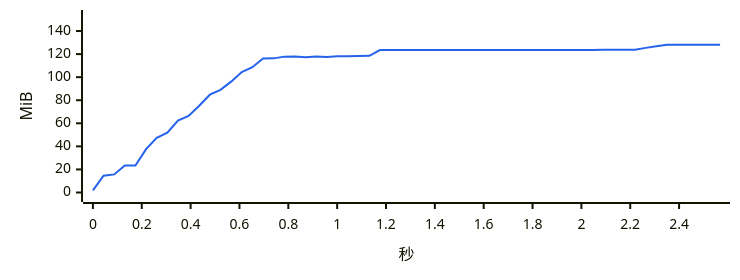
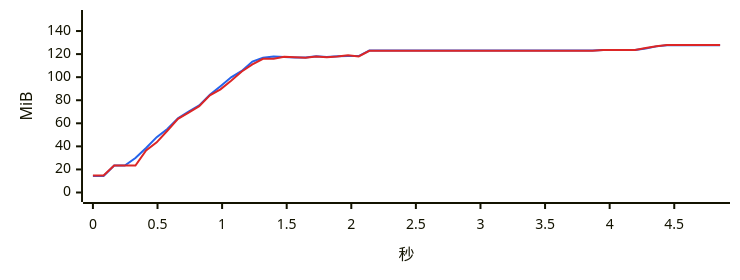
The eighth of 17 diagrams in bench/v4.0.0/summary.md (334456777/WeFlow), drawn with Mermaid before and after one commit. The commit also changed other lines of this file and 3 other files, not shown here.

````diff
--- a/bench/v4.0.0/summary.md
+++ b/bench/v4.0.0/summary.md
@@ -359,7 +364,8 @@
 ```mermaid
-%%{init: {"xyChart": {"width": 720, "height": 260}, "themeVariables": {"xyChart": {"plotColorPalette": "#2563eb"}}}}%%
+%%{init: {"xyChart": {"width": 720, "height": 260}, "themeVariables": {"xyChart": {"plotColorPalette": "#2563eb, #dc2626"}}}}%%
 xychart-beta
-    x-axis "秒" 0 --> 2.568
+    x-axis "秒" 0 --> 4.855
     y-axis "MiB" 0 --> 150
-    line [1.8, 14.5, 15.7, 23.4, 23.4, 37.6, 47.4, 51.9, 62.4, 66.4, 75.2, 84.8, 89.0, 96.1, 104.5, 108.6, 116.2, 116.3, 117.8, 118.0, 117.2, 118.0, 117.4, 118.1, 118.2, 118.3, 118.5, 123.5, 123.5, 123.5, 123.5, 123.5, 123.5, 123.5, 123.5, 123.5, 123.5, 123.5, 123.5, 123.5, 123.5, 123.5, 123.5, 123.5, 123.5, 123.5, 123.5, 123.6, 123.7, 123.7, 123.7, 123.8, 125.4, 126.8, 128.0, 128.0, 128.0, 128.0, 128.0, 128.0]
+    line [14.3, 14.3, 23.4, 23.4, 29.9, 38.6, 48.0, 55.0, 64.3, 70.2, 75.5, 84.7, 92.2, 99.9, 105.4, 113.5, 116.8, 117.9, 117.4, 117.1, 117.1, 118.1, 117.5, 118.1, 118.3, 118.3, 123.1, 123.2, 123.2, 123.2, 123.2, 123.2, 123.2, 123.2, 123.2, 123.2, 123.2, 123.2, 123.2, 123.2, 123.2, 123.2, 123.2, 123.2, 123.2, 123.2, 123.2, 123.2, 123.5, 123.5, 123.5, 123.6, 124.9, 126.7, 127.7, 127.7, 127.7, 127.7, 127.7, 127.7]
+    line [14.8, 14.8, 23.4, 23.4, 23.4, 36.4, 43.5, 53.5, 63.9, 69.2, 74.9, 84.2, 89.4, 96.9, 104.9, 111.0, 115.9, 115.9, 117.6, 117.2, 116.9, 117.9, 117.2, 117.9, 119.0, 118.0, 122.9, 123.0, 123.0, 123.0, 123.0, 123.0, 123.0, 123.0, 123.0, 123.0, 123.0, 123.0, 123.0, 123.0, 123.0, 123.0, 123.0, 123.0, 123.0, 123.0, 123.0, 123.0, 123.6, 123.6, 123.6, 123.6, 125.2, 126.8, 127.8, 127.8, 127.8, 127.8, 127.8, 127.8]
 ```
````
